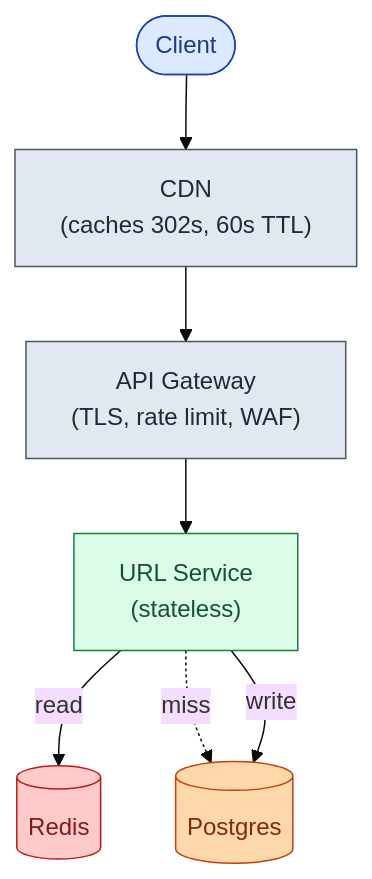
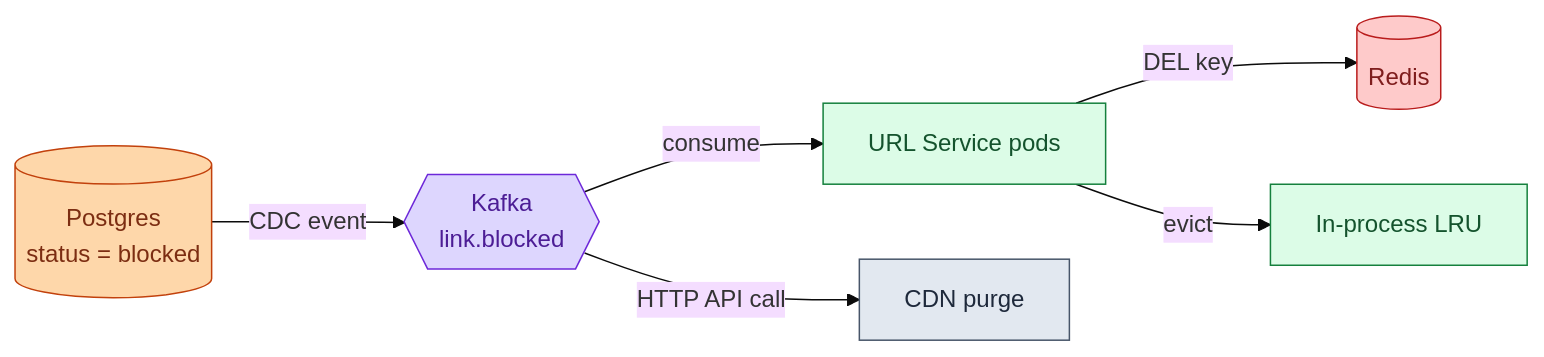
Before and after one commit to shiningflash/system-design: the sixth of 10 diagrams in problems/001-url-shortener/question.md, drawn with Mermaid (base theme). The commit also changed other lines of this file and 1 other file, not shown here.

First line of the commit message:
Rewrite URL shortener problem & solution

````diff
--- a/problems/001-url-shortener/question.md
+++ b/problems/001-url-shortener/question.md
@@ -253,15 +254,14 @@
 ```mermaid
-flowchart TB
-    C([Client]):::user --> CDN["CDN<br/>(caches 302s, 60s TTL)"]:::edge
-    CDN --> GW["API Gateway<br/>(TLS, rate limit, WAF)"]:::edge
-    GW --> S["URL Service<br/>(stateless)"]:::app
-    S -->|read| Cache[("Redis")]:::cache
-    S -.miss.-> DB[("Postgres")]:::db
-    S -->|write| DB
+flowchart LR
+    DB[("Postgres<br/>status = blocked")]:::db -->|CDC event| K{{"Kafka<br/>link.blocked"}}:::queue
+    K -->|consume| Pods["URL Service pods"]:::app
+    Pods -->|DEL key| Redis[("Redis")]:::cache
+    Pods -->|evict| InProc["In-process LRU"]:::app
+    K -->|HTTP API call| CDN_API["CDN purge"]:::edge
 
-    classDef user fill:#dbeafe,stroke:#1e40af,color:#1e3a8a
+    classDef db fill:#fed7aa,stroke:#c2410c,color:#7c2d12
+    classDef queue fill:#ddd6fe,stroke:#6d28d9,color:#4c1d95
+    classDef app fill:#dcfce7,stroke:#15803d,color:#14532d
+    classDef cache fill:#fecaca,stroke:#b91c1c,color:#7f1d1d
     classDef edge fill:#e2e8f0,stroke:#475569,color:#1e293b
-    classDef app fill:#dcfce7,stroke:#15803d,color:#14532d
-    classDef db fill:#fed7aa,stroke:#c2410c,color:#7c2d12
-    classDef cache fill:#fecaca,stroke:#b91c1c,color:#7f1d1d
 ```
````
